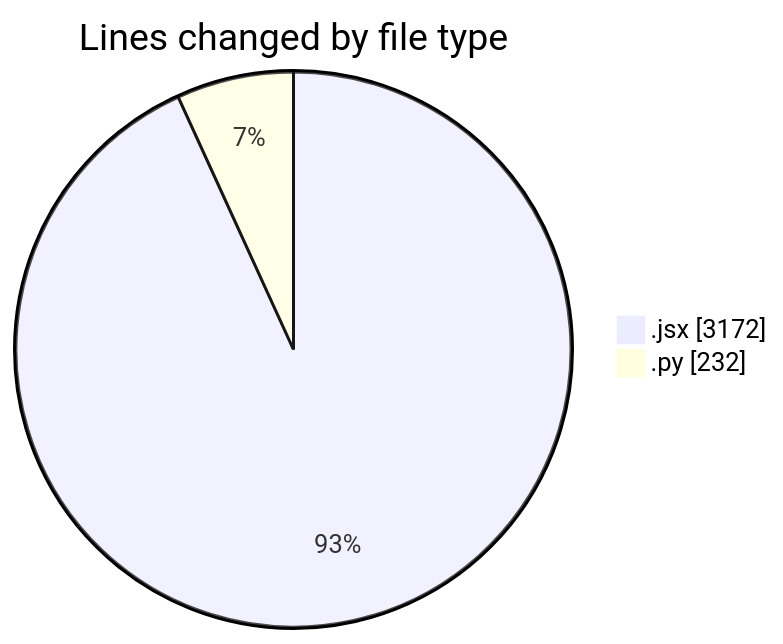
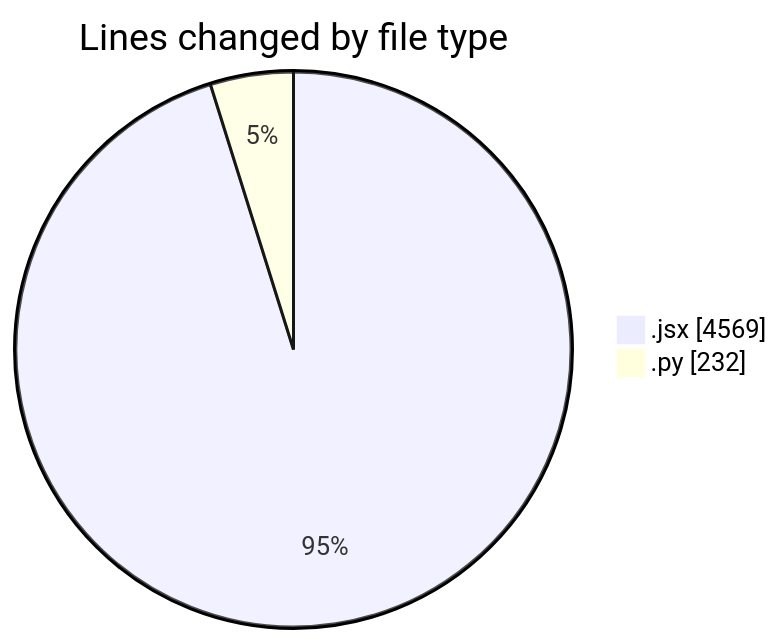
One commit to nxtqubesakshisongat/code-tracking changed the first of 2 diagrams in 2025-05-20/nxtqube_webapp/README.md. Above: the diagram before and after it, drawn with Mermaid. The commit also changed other lines of this file and 1 other file, not shown here.

````diff
--- a/2025-05-20/nxtqube_webapp/README.md
+++ b/2025-05-20/nxtqube_webapp/README.md
@@ -23,6 +23,6 @@
 ```mermaid
 pie showData
 title Lines changed by file type
-".jsx" : 3172
+".jsx" : 4569
 ".py" : 232
 ```
````
